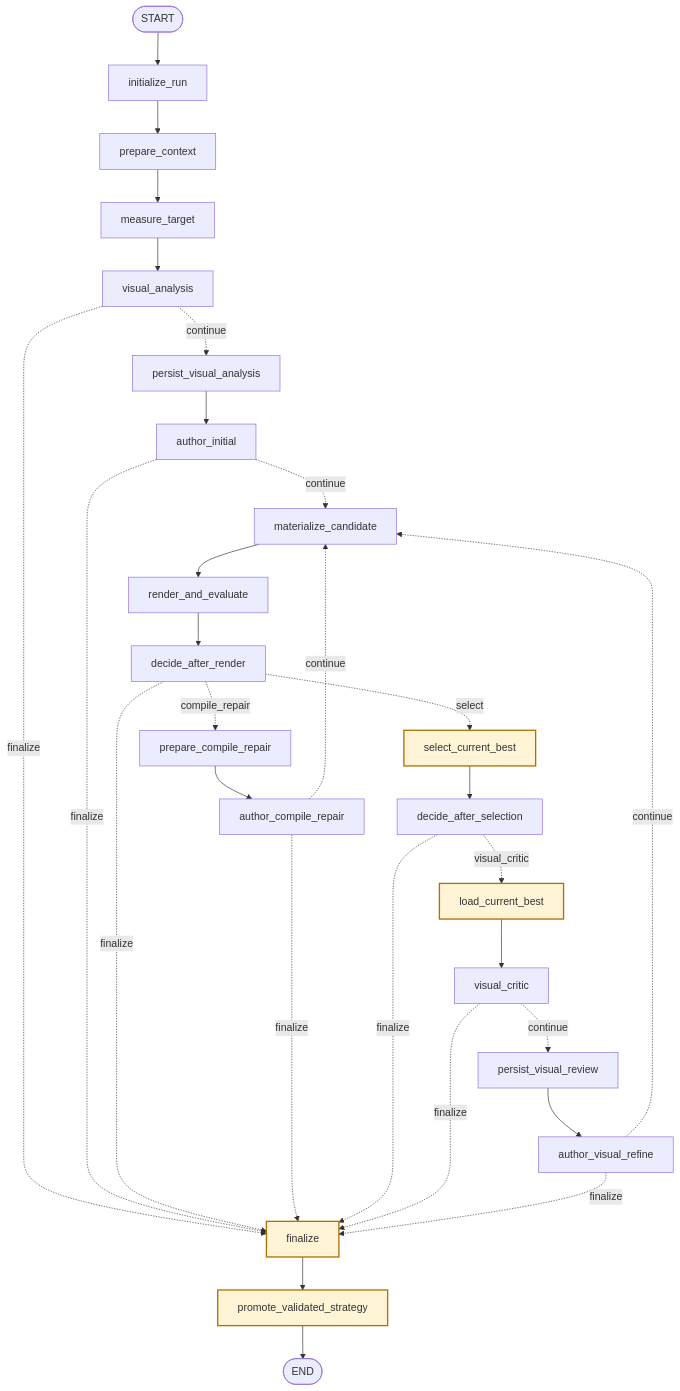
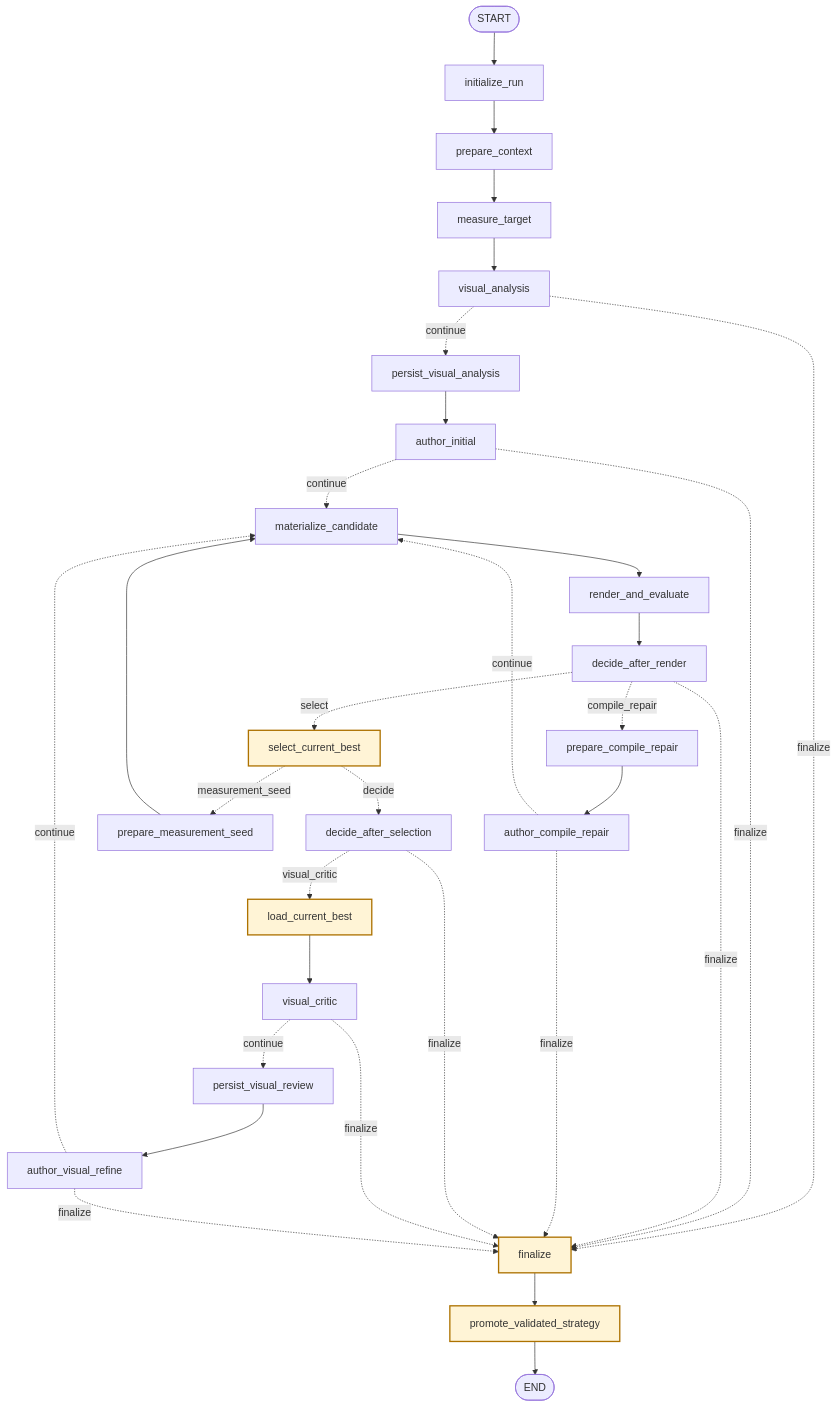
The third of 3 diagrams in src/agent/app/graphs/ARCHITECTURE.md (TOoSad-deep/ShaderGen), drawn with Mermaid before and after one commit. The commit also changed other lines of this file and 115 other files, not shown here.

````diff
--- a/src/agent/app/graphs/ARCHITECTURE.md
+++ b/src/agent/app/graphs/ARCHITECTURE.md
@@ -61,42 +83,44 @@
 ```mermaid
 flowchart TD
     START([START])
     initialize_run[initialize_run]
     END([END])
     START --> initialize_run
     initialize_run --> prepare_context[prepare_context]
     prepare_context --> measure_target[measure_target]
     measure_target --> visual_analysis[visual_analysis]
 
     visual_analysis -. continue .-> persist_visual_analysis[persist_visual_analysis]
     visual_analysis -. finalize .-> finalize[finalize]
     persist_visual_analysis --> author_initial[author_initial]
     author_initial -. continue .-> materialize_candidate[materialize_candidate]
     author_initial -. finalize .-> finalize
 
     materialize_candidate --> render_and_evaluate[render_and_evaluate]
     render_and_evaluate --> decide_after_render[decide_after_render]
     decide_after_render -. select .-> select_current_best[select_current_best]
     decide_after_render -. compile_repair .-> prepare_compile_repair[prepare_compile_repair]
     decide_after_render -. finalize .-> finalize
 
     prepare_compile_repair --> author_compile_repair[author_compile_repair]
     author_compile_repair -. continue .-> materialize_candidate
     author_compile_repair -. finalize .-> finalize
 
-    select_current_best --> decide_after_selection[decide_after_selection]
+    select_current_best -. measurement_seed .-> prepare_measurement_seed[prepare_measurement_seed]
+    select_current_best -. decide .-> decide_after_selection[decide_after_selection]
+    prepare_measurement_seed --> materialize_candidate
     decide_after_selection -. visual_critic .-> load_current_best[load_current_best]
     decide_after_selection -. finalize .-> finalize
     load_current_best --> visual_critic[visual_critic]
     visual_critic -. continue .-> persist_visual_review[persist_visual_review]
     visual_critic -. finalize .-> finalize
     persist_visual_review --> author_visual_refine[author_visual_refine]
     author_visual_refine -. continue .-> materialize_candidate
     author_visual_refine -. finalize .-> finalize
 
     finalize --> promote_validated_strategy[promote_validated_strategy]
     promote_validated_strategy --> END
 
     classDef safety fill:#fff4d6,stroke:#ad7200,stroke-width:2px
     class select_current_best,load_current_best,finalize,promote_validated_strategy safety
 ```
````
